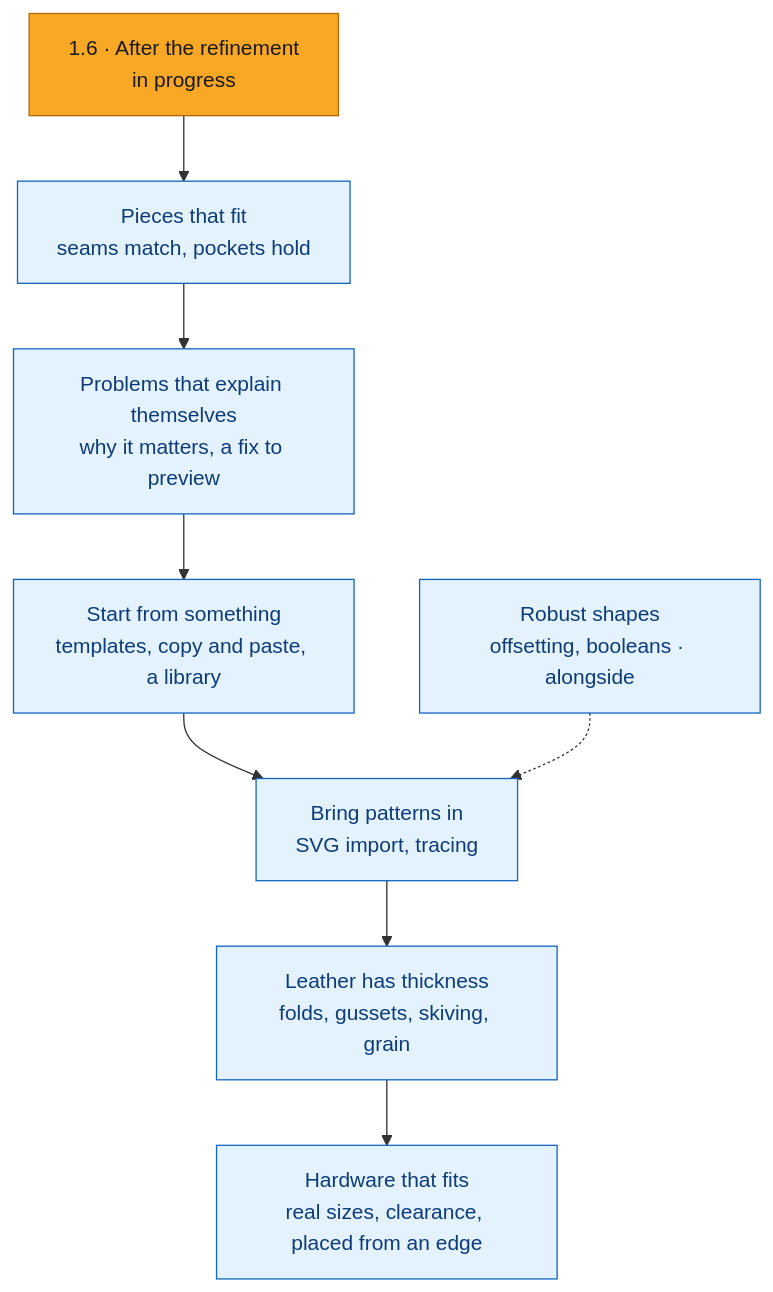
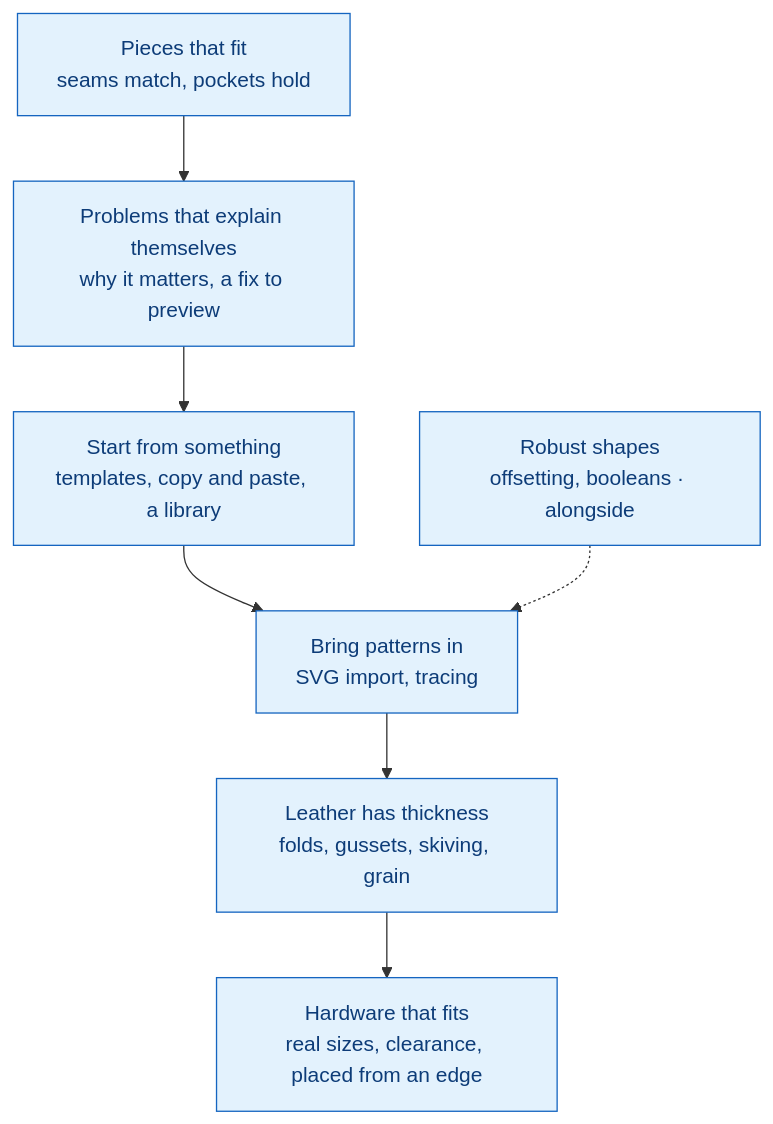
One commit to crnlsp/leathercad changed the fourth of 6 diagrams in docs/product-roadmap.md. Above: the diagram before and after it, drawn with Mermaid. The commit also changed other lines of this file and 5 other files, not shown here.

First line of the commit message:
docs(roadmap): 1.6 goes to the record, and the next release waits to be named

````diff
--- a/docs/product-roadmap.md
+++ b/docs/product-roadmap.md
@@ -135,16 +135,15 @@
 ```mermaid
 flowchart TB
-  r16["1.6 · After the refinement<br/>in progress"]:::progress
   fit["Pieces that fit<br/>seams match, pockets hold"]:::candidate
   explain["Problems that explain themselves<br/>why it matters, a fix to preview"]:::candidate
   start["Start from something<br/>templates, copy and paste, a library"]:::candidate
   bring["Bring patterns in<br/>SVG import, tracing"]:::candidate
   thick["Leather has thickness<br/>folds, gussets, skiving, grain"]:::candidate
   hw["Hardware that fits<br/>real sizes, clearance, placed from an edge"]:::candidate
   geo["Robust shapes<br/>offsetting, booleans · alongside"]:::candidate
-  r16 --> fit --> explain --> start --> bring --> thick --> hw
+  fit --> explain --> start --> bring --> thick --> hw
   geo -.-> bring
   classDef progress fill:#f9a825,stroke:#b26a00,color:#1a1a1a
   classDef committed fill:#1565c0,stroke:#0d47a1,color:#ffffff
   classDef candidate fill:#e3f2fd,stroke:#1565c0,color:#0d3c78
 ```
````
